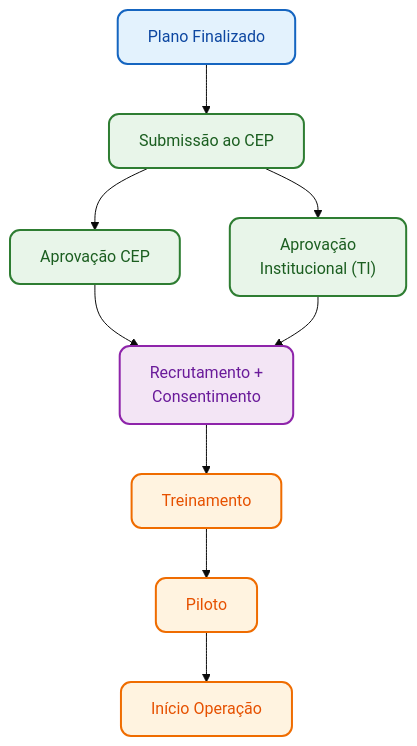
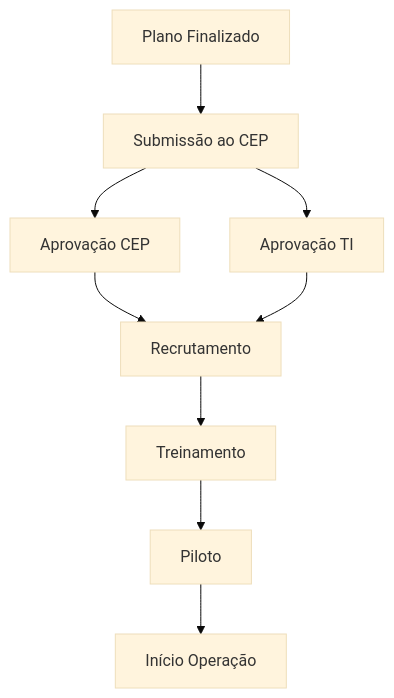
Before and after one commit to Druitti/Trabalho-Final-Proposta-de-Experimento-para-TCC: the fourth of 4 diagrams in README.md, drawn with Mermaid (base theme). The commit also changed other lines of this file and 1 other file, not shown here.

````diff
--- a/README.md
+++ b/README.md
@@ -2310,33 +898,11 @@
 ```mermaid
 flowchart TD
-
-    A["Plano Finalizado"]
-
-    A --> B["Submissão ao CEP"]
+    A["Plano Finalizado"] --> B["Submissão ao CEP"]
     B --> C["Aprovação CEP"]
-
-    B --> D["Aprovação
-Institucional (TI)"]
-
-    C --> F["Recrutamento +
-Consentimento"]
+    B --> D["Aprovação TI"]
+    C --> F["Recrutamento"]
     D --> F
-
     F --> G["Treinamento"]
     G --> H["Piloto"]
     H --> I["Início Operação"]
-
-    %% ===========================
-    %% ESTILOS DE CORES
-    %% ===========================
-    classDef main fill:#e3f2fd,stroke:#1565c0,stroke-width:2px,color:#0d47a1,rx:10,ry:10;
-    classDef approve fill:#e8f5e9,stroke:#2e7d32,stroke-width:2px,color:#1b5e20,rx:10,ry:10;
-    classDef prep fill:#f3e5f5,stroke:#8e24aa,stroke-width:2px,color:#6a1b9a,rx:10,ry:10;
-    classDef ops fill:#fff3e0,stroke:#ef6c00,stroke-width:2px,color:#e65100,rx:10,ry:10;
-
-    %% Aplicar estilos
-    class A main;
-    class B,C,D approve;
-    class F prep;
-    class G,H,I ops;
 ```
````
